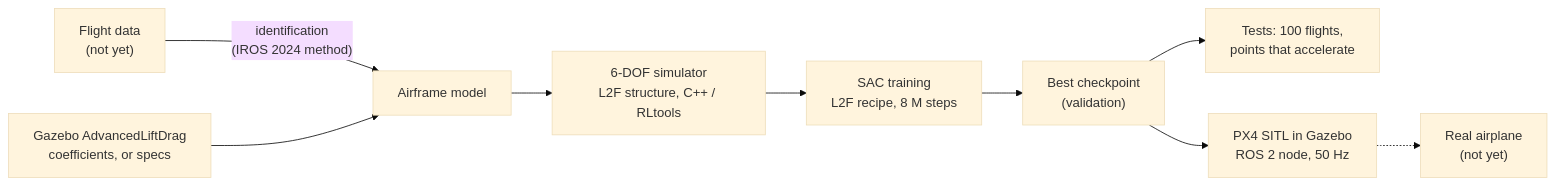
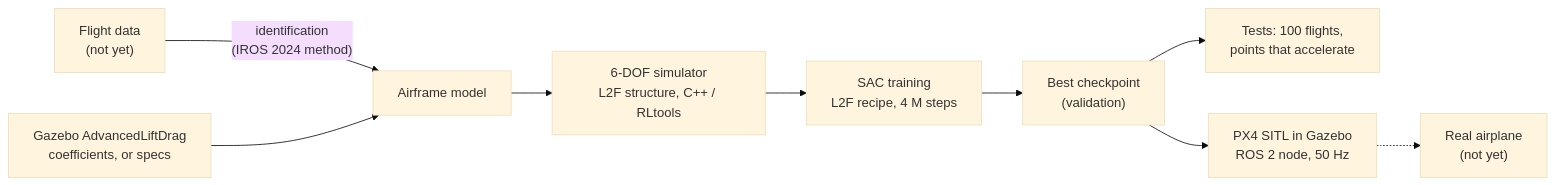
One commit to clementdumeril/Fixed-Wing changed the diagram in README.md. Above: the diagram before and after it, drawn with Mermaid (base theme). The commit also changed other lines of this file and 1270 other files, not shown here.

````diff
--- a/README.md
+++ b/README.md
@@ -32,11 +32,11 @@
 ```mermaid
 flowchart LR
     A["Flight data<br/>(not yet)"] -->|"identification<br/>(IROS 2024 method)"| B["Airframe model"]
     G["Gazebo AdvancedLiftDrag<br/>coefficients, or specs"] --> B
     B --> C["6-DOF simulator<br/>L2F structure, C++ / RLtools"]
-    C --> D["SAC training<br/>L2F recipe, 8 M steps"]
+    C --> D["SAC training<br/>L2F recipe, 4 M steps"]
     D --> E["Best checkpoint<br/>(validation)"]
     E --> F["Tests: 100 flights,<br/>points that accelerate"]
     E --> H["PX4 SITL in Gazebo<br/>ROS 2 node, 50 Hz"]
     H -.-> I["Real airplane<br/>(not yet)"]
 ```
````
